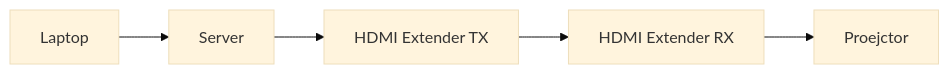
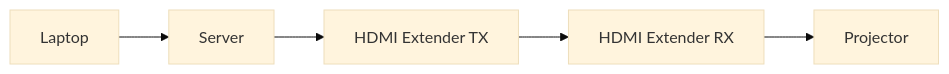
Before and after one commit to Josephhtoo/EGL314-Team-B-Project-Space: the diagram in SystemDiagram.md, drawn with Mermaid (base theme).

````diff
--- a/SystemDiagram.md
+++ b/SystemDiagram.md
@@ -1,6 +1,6 @@
 ```mermaid 
 graph LR
 
-A[Laptop]-->B[Server]-->C[HDMI Extender TX]-->D[HDMI Extender RX]-->E[Proejctor]
+A[Laptop]-->B[Server]-->C[HDMI Extender TX]-->D[HDMI Extender RX]-->E[Projector]
 
 ```
````
